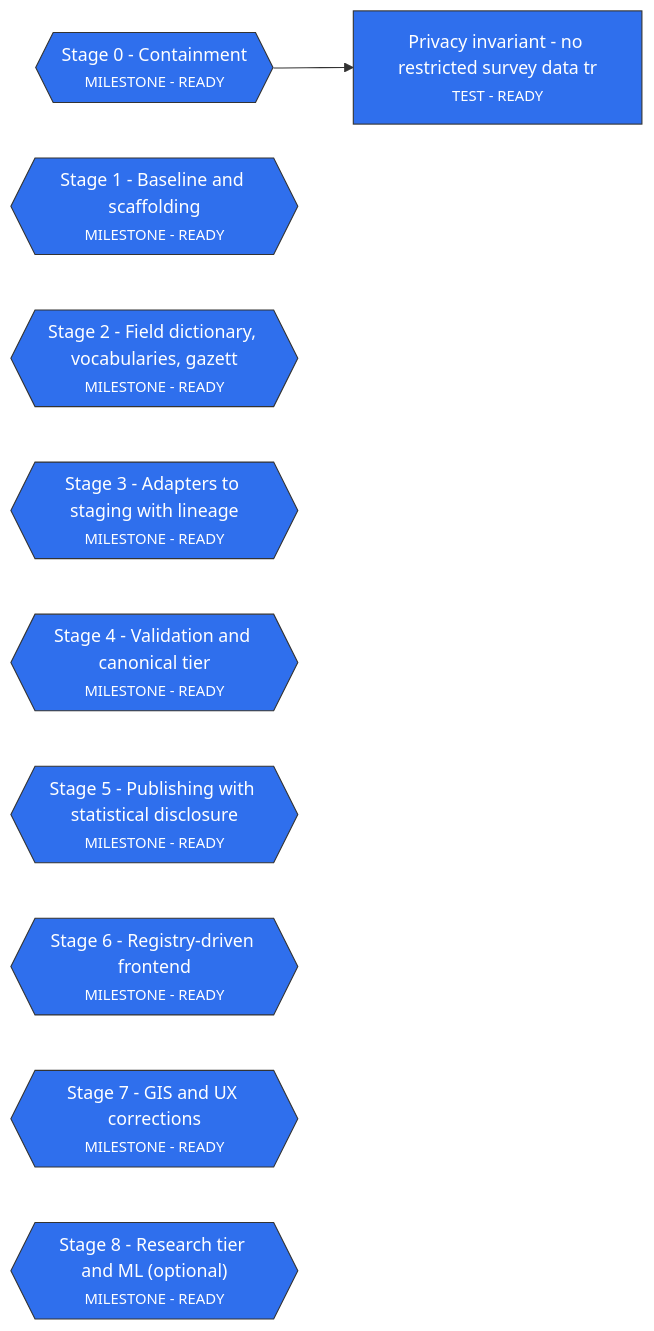
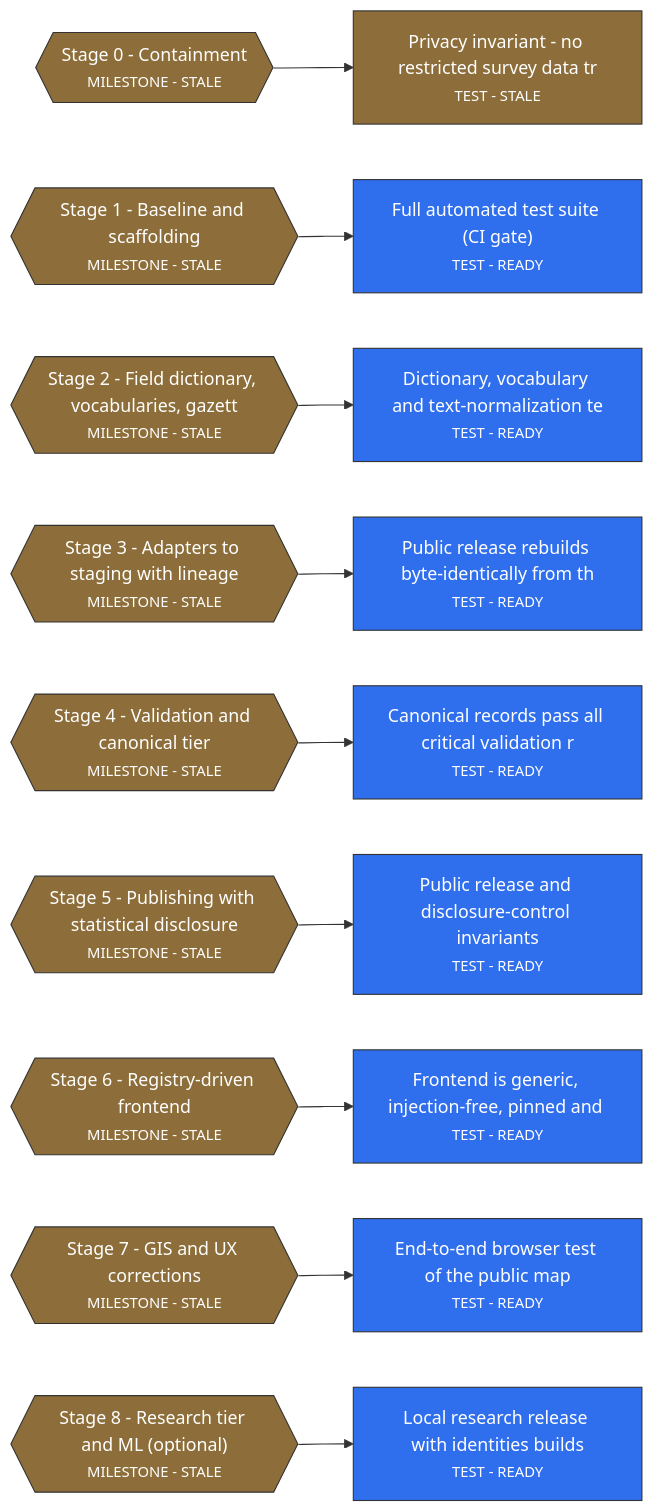
One commit to ESDUaub2025/Resolve-Mapping changed the diagram in .projectgraph/views/execution.mmd. Above: the diagram before and after it, drawn with Mermaid. The commit also changed 154 other files, not shown here.

First line of the commit message:
Rebuild RESOLVE on a private pipeline with a disclosure-controlled public release

```diff
--- a/.projectgraph/views/execution.mmd
+++ b/.projectgraph/views/execution.mmd
@@ -1,23 +1,40 @@
 flowchart LR
-    M0_CONTAINMENT{{"Stage 0 - Containment<br/><small>MILESTONE - READY</small>"}}
-    M1_SCAFFOLDING{{"Stage 1 - Baseline and scaffolding<br/><small>MILESTONE - READY</small>"}}
-    M2_DICTIONARY{{"Stage 2 - Field dictionary, vocabularies, gazett<br/><small>MILESTONE - READY</small>"}}
-    M3_ADAPTERS{{"Stage 3 - Adapters to staging with lineage<br/><small>MILESTONE - READY</small>"}}
-    M4_CANONICAL{{"Stage 4 - Validation and canonical tier<br/><small>MILESTONE - READY</small>"}}
-    M5_PUBLISH_SDC{{"Stage 5 - Publishing with statistical disclosure<br/><small>MILESTONE - READY</small>"}}
-    M6_FRONTEND_REGISTRY{{"Stage 6 - Registry-driven frontend<br/><small>MILESTONE - READY</small>"}}
-    M7_GIS_UX{{"Stage 7 - GIS and UX corrections<br/><small>MILESTONE - READY</small>"}}
-    M8_RESEARCH_TIER{{"Stage 8 - Research tier and ML (optional)<br/><small>MILESTONE - READY</small>"}}
-    TST_NO_RESTRICTED_DATA_TRACKED["Privacy invariant - no restricted survey data tr<br/><small>TEST - READY</small>"]
+    M0_CONTAINMENT{{"Stage 0 - Containment<br/><small>MILESTONE - STALE</small>"}}
+    M1_SCAFFOLDING{{"Stage 1 - Baseline and scaffolding<br/><small>MILESTONE - STALE</small>"}}
+    M2_DICTIONARY{{"Stage 2 - Field dictionary, vocabularies, gazett<br/><small>MILESTONE - STALE</small>"}}
+    M3_ADAPTERS{{"Stage 3 - Adapters to staging with lineage<br/><small>MILESTONE - STALE</small>"}}
+    M4_CANONICAL{{"Stage 4 - Validation and canonical tier<br/><small>MILESTONE - STALE</small>"}}
+    M5_PUBLISH_SDC{{"Stage 5 - Publishing with statistical disclosure<br/><small>MILESTONE - STALE</small>"}}
+    M6_FRONTEND_REGISTRY{{"Stage 6 - Registry-driven frontend<br/><small>MILESTONE - STALE</small>"}}
+    M7_GIS_UX{{"Stage 7 - GIS and UX corrections<br/><small>MILESTONE - STALE</small>"}}
+    M8_RESEARCH_TIER{{"Stage 8 - Research tier and ML (optional)<br/><small>MILESTONE - STALE</small>"}}
+    TST_CANONICAL_VALID["Canonical records pass all critical validation r<br/><small>TEST - READY</small>"]
+    TST_DICTIONARY["Dictionary, vocabulary and text-normalization te<br/><small>TEST - READY</small>"]
+    TST_FRONTEND["Frontend is generic, injection-free, pinned and <br/><small>TEST - READY</small>"]
+    TST_MAP_E2E["End-to-end browser test of the public map<br/><small>TEST - READY</small>"]
+    TST_NO_RESTRICTED_DATA_TRACKED["Privacy invariant - no restricted survey data tr<br/><small>TEST - STALE</small>"]
+    TST_PIPELINE_REPRODUCIBLE["Public release rebuilds byte-identically from th<br/><small>TEST - READY</small>"]
+    TST_PUBLIC_RELEASE["Public release and disclosure-control invariants<br/><small>TEST - READY</small>"]
+    TST_RESEARCH_TIER["Local research release with identities builds<br/><small>TEST - READY</small>"]
+    TST_TEST_SUITE["Full automated test suite (CI gate)<br/><small>TEST - READY</small>"]
     M0_CONTAINMENT --> TST_NO_RESTRICTED_DATA_TRACKED
+    M1_SCAFFOLDING --> TST_TEST_SUITE
+    M2_DICTIONARY --> TST_DICTIONARY
+    M3_ADAPTERS --> TST_PIPELINE_REPRODUCIBLE
+    M4_CANONICAL --> TST_CANONICAL_VALID
+    M5_PUBLISH_SDC --> TST_PUBLIC_RELEASE
+    M6_FRONTEND_REGISTRY --> TST_FRONTEND
+    M7_GIS_UX --> TST_MAP_E2E
+    M8_RESEARCH_TIER --> TST_RESEARCH_TIER
     classDef declared fill:#9e9e9e,stroke:#333,stroke-width:1px,color:#333333;
     classDef ready fill:#2f6fed,stroke:#333,stroke-width:1px,color:#ffffff;
     classDef active fill:#e6b400,stroke:#333,stroke-width:1px,color:#ffffff;
     classDef implemented fill:#128f8f,stroke:#333,stroke-width:1px,color:#ffffff;
     classDef verifying fill:#f08c00,stroke:#333,stroke-width:1px,color:#ffffff;
     classDef verified fill:#2e9b48,stroke:#333,stroke-width:1px,color:#ffffff;
     classDef failed fill:#d32f2f,stroke:#333,stroke-width:1px,color:#ffffff;
     classDef blocked fill:#7b3fbf,stroke:#333,stroke-width:1px,color:#ffffff;
     classDef stale fill:#8d6e3a,stroke:#333,stroke-width:1px,color:#ffffff;
     classDef superseded fill:#c9c9c9,stroke:#333,stroke-width:1px,color:#333333;
-    class M0_CONTAINMENT,M1_SCAFFOLDING,M2_DICTIONARY,M3_ADAPTERS,M4_CANONICAL,M5_PUBLISH_SDC,M6_FRONTEND_REGISTRY,M7_GIS_UX,M8_RESEARCH_TIER,TST_NO_RESTRICTED_DATA_TRACKED ready;
+    class TST_CANONICAL_VALID,TST_DICTIONARY,TST_FRONTEND,TST_MAP_E2E,TST_PIPELINE_REPRODUCIBLE,TST_PUBLIC_RELEASE,TST_RESEARCH_TIER,TST_TEST_SUITE ready;
+    class M0_CONTAINMENT,M1_SCAFFOLDING,M2_DICTIONARY,M3_ADAPTERS,M4_CANONICAL,M5_PUBLISH_SDC,M6_FRONTEND_REGISTRY,M7_GIS_UX,M8_RESEARCH_TIER,TST_NO_RESTRICTED_DATA_TRACKED stale;
```
